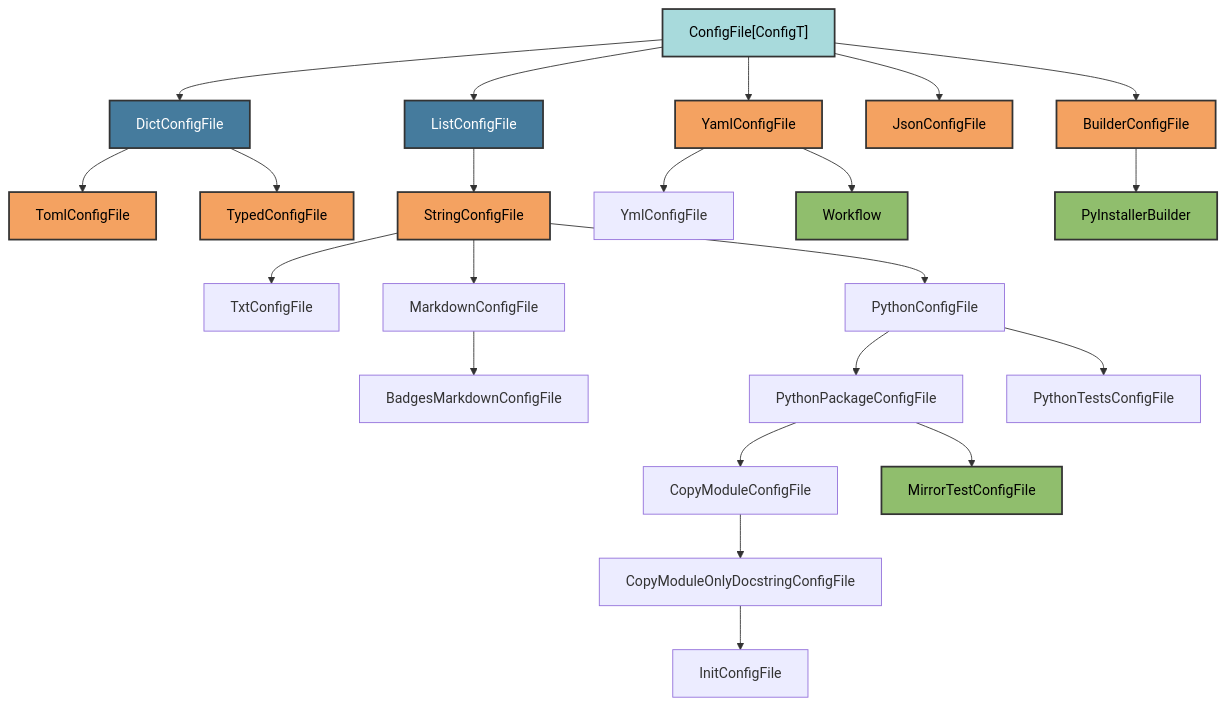
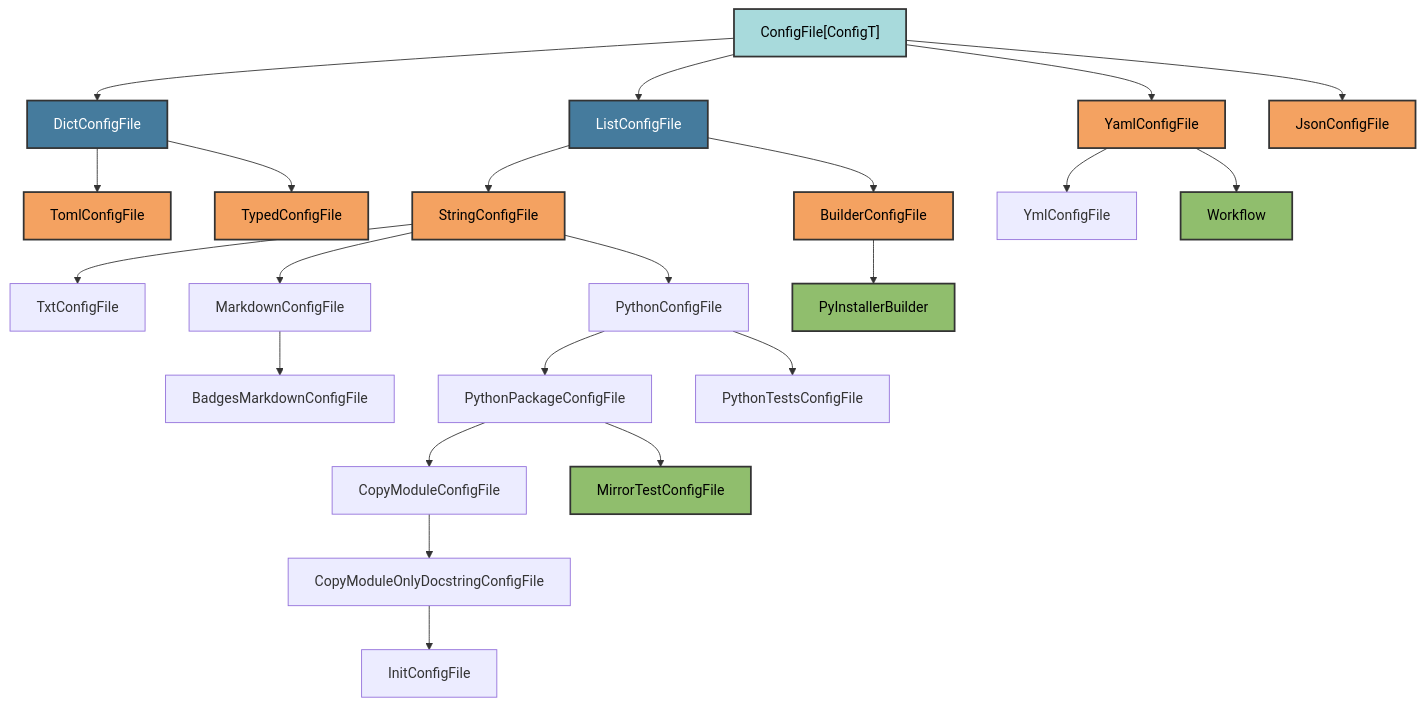
One commit to Winipedia/pyrig changed the first of 3 diagrams in docs/configs/architecture.md. Above: the diagram before and after it, drawn with Mermaid. The commit also changed other lines of this file and 24 other files, not shown here.

````diff
--- a/docs/configs/architecture.md
+++ b/docs/configs/architecture.md
@@ -18,45 +18,45 @@
 ```mermaid
 graph TD
     A["ConfigFile[ConfigT]"] --> H[DictConfigFile]
     A --> I[ListConfigFile]
     A --> B[YamlConfigFile]
     A --> F[JsonConfigFile]
-    A --> G[BuilderConfigFile]
 
     H --> C[TomlConfigFile]
     H --> E[TypedConfigFile]
 
     I --> D[StringConfigFile]
+    I --> G[BuilderConfigFile]
 
     B --> B1[YmlConfigFile]
     B --> B2[Workflow]
 
     D --> D1[TxtConfigFile]
     D --> D2[MarkdownConfigFile]
     D --> D3[PythonConfigFile]
 
     D2 --> D2A[BadgesMarkdownConfigFile]
 
     D3 --> D3A[PythonPackageConfigFile]
     D3 --> D3B[PythonTestsConfigFile]
 
     D3A --> D3A1[CopyModuleConfigFile]
     D3A --> D3A2[MirrorTestConfigFile]
     D3A1 --> D3A1A[CopyModuleOnlyDocstringConfigFile]
     D3A1A --> D3A1A1[InitConfigFile]
 
     G --> G1[PyInstallerBuilder]
 
     style A fill:#a8dadc,stroke:#333,stroke-width:2px,color:#000
     style H fill:#457b9d,stroke:#333,stroke-width:2px,color:#fff
     style I fill:#457b9d,stroke:#333,stroke-width:2px,color:#fff
     style B fill:#f4a261,stroke:#333,stroke-width:2px,color:#000
     style C fill:#f4a261,stroke:#333,stroke-width:2px,color:#000
     style D fill:#f4a261,stroke:#333,stroke-width:2px,color:#000
     style E fill:#f4a261,stroke:#333,stroke-width:2px,color:#000
     style F fill:#f4a261,stroke:#333,stroke-width:2px,color:#000
     style G fill:#f4a261,stroke:#333,stroke-width:2px,color:#000
     style B2 fill:#90be6d,stroke:#333,stroke-width:2px,color:#000
     style D3A2 fill:#90be6d,stroke:#333,stroke-width:2px,color:#000
     style G1 fill:#90be6d,stroke:#333,stroke-width:2px,color:#000
 ```
````
